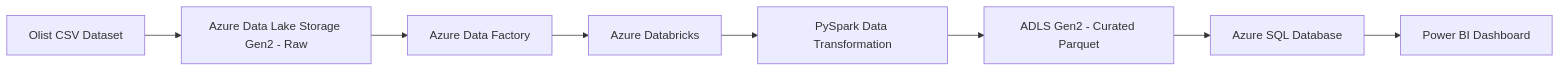
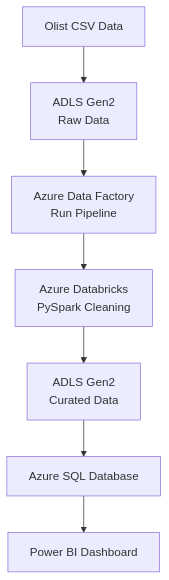
Before and after one commit to rishimano/azure-olist-ecommerce-pipeline: the diagram in README.md, drawn with Mermaid.

````diff
--- a/README.md
+++ b/README.md
@@ -12,10 +10,17 @@
 ```mermaid
-flowchart LR
-    A[Olist CSV Dataset] --> B[Azure Data Lake Storage Gen2 - Raw]
-    B --> C[Azure Data Factory]
-    C --> D[Azure Databricks]
-    D --> E[PySpark Data Transformation]
-    E --> F[ADLS Gen2 - Curated Parquet]
-    F --> G[Azure SQL Database]
-    G --> H[Power BI Dashboard]
+flowchart TD
+    A["Olist CSV Data"]
+    B["ADLS Gen2<br/>Raw Data"]
+    C["Azure Data Factory<br/>Run Pipeline"]
+    D["Azure Databricks<br/>PySpark Cleaning"]
+    E["ADLS Gen2<br/>Curated Data"]
+    F["Azure SQL Database"]
+    G["Power BI Dashboard"]
+
+    A --> B
+    B --> C
+    C --> D
+    D --> E
+    E --> F
+    F --> G
 ```
````
